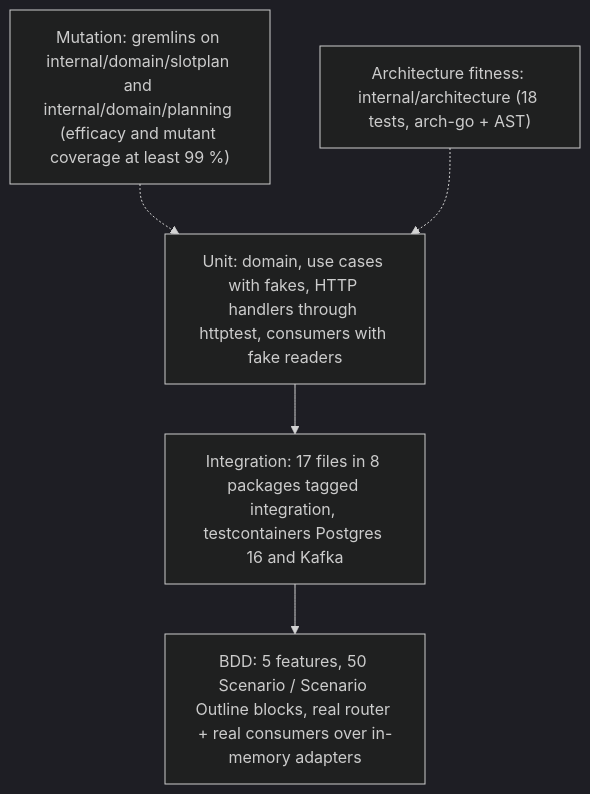
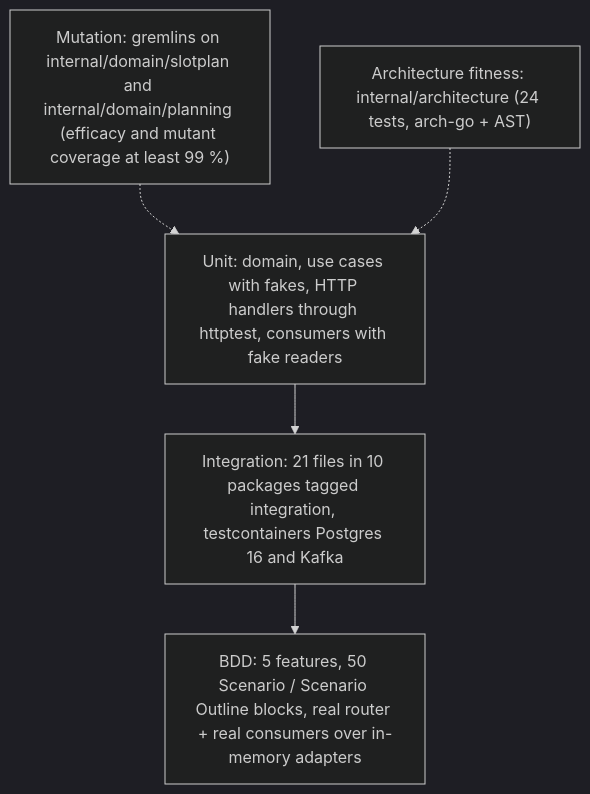
The diagram in docs/docs/development/testing.md (IQVO/slotting-optimization), drawn with Mermaid (dark theme) before and after one commit. The commit also changed other lines of this file and 3 other files, not shown here.

First line of the commit message:
docs: analytical ER, read-side use cases, testing recount, integration edges

````diff
--- a/docs/docs/development/testing.md
+++ b/docs/docs/development/testing.md
@@ -16,11 +15,11 @@
 ```mermaid
 flowchart TB
-    arch["Architecture fitness: internal/architecture (18 tests, arch-go + AST)"]
+    arch["Architecture fitness: internal/architecture (24 tests, arch-go + AST)"]
     mut["Mutation: gremlins on internal/domain/slotplan and internal/domain/planning (efficacy and mutant coverage at least 99 %)"]
     bdd["BDD: 5 features, 50 Scenario / Scenario Outline blocks, real router + real consumers over in-memory adapters"]
-    integ["Integration: 17 files in 8 packages tagged integration, testcontainers Postgres 16 and Kafka"]
+    integ["Integration: 21 files in 10 packages tagged integration, testcontainers Postgres 16 and Kafka"]
     unit["Unit: domain, use cases with fakes, HTTP handlers through httptest, consumers with fake readers"]
     unit --> integ --> bdd
     mut -.-> unit
     arch -.-> unit
 ```
````
